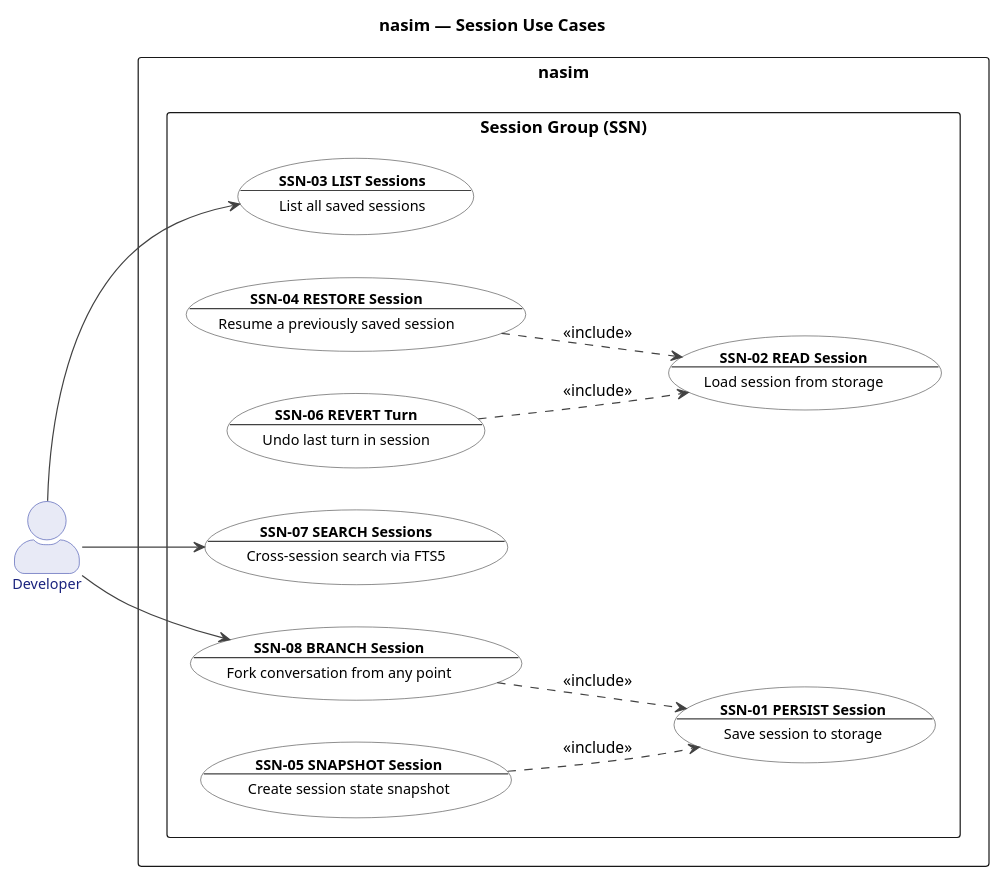
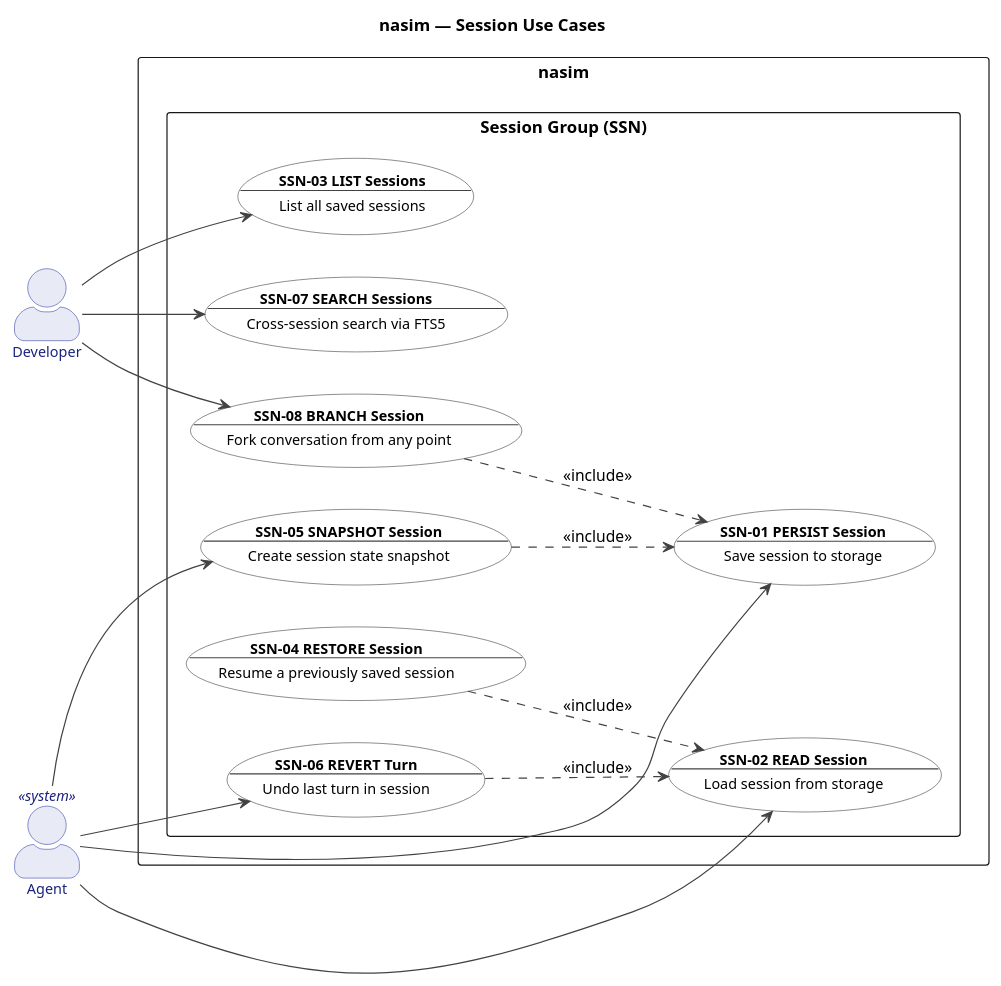
One commit to salimnamvar/nasim changed the diagram in docs/UC/uc_session.puml. Above: the diagram before and after it, drawn with PlantUML. The commit also changed 18 other files, not shown here.

First line of the commit message:
docs: Add "Agent" actor to multiple use case diagrams and establish relationships

```diff
--- a/docs/UC/uc_session.puml
+++ b/docs/UC/uc_session.puml
@@ -1,76 +1,81 @@
 @startuml uc_session
 
 ' ============================================================
 ' Title:     nasim — UC: Session Group
 ' Group:     SSN (Session)
 ' Boundary:  nasim code agent
 ' Purpose:   Session persistence, versioning, search, fork
 ' Milestone: v1.0
 ' Version:   6.0.0
 ' Source:    docs/ENTITIES.md
 ' Review:    docs/audit/audit.2026.06.20.uc-layer.car.md
 ' ============================================================
 
 left to right direction
 
 title nasim — Session Use Cases
 
 skinparam actorStyle awesome
 skinparam packageStyle rectangle
 
 skinparam usecase {
   BackgroundColor #FFFFFF
   BorderColor #424242
   FontColor #000000
   ArrowColor #424242
   FontSize 12
 }
 
 skinparam actor {
   BackgroundColor #E8EAF6
   BorderColor #3949AB
   FontColor #1A237E
   FontSize 12
 }
 
 ' ============================================================
 ' Actors
 ' ============================================================
 
 actor "Developer" as Developer
+actor "Agent" as Agent <<system>>
 
 ' ============================================================
 ' System Boundary
 ' ============================================================
 
 rectangle "nasim" {
   package "Session Group (SSN)" {
     usecase "**SSN-01 PERSIST Session**\n--\nSave session to storage" as SSN01
     usecase "**SSN-02 READ Session**\n--\nLoad session from storage" as SSN02
     usecase "**SSN-03 LIST Sessions**\n--\nList all saved sessions" as SSN03
     usecase "**SSN-04 RESTORE Session**\n--\nResume a previously saved session" as SSN04
     usecase "**SSN-05 SNAPSHOT Session**\n--\nCreate session state snapshot" as SSN05
     usecase "**SSN-06 REVERT Turn**\n--\nUndo last turn in session" as SSN06
     usecase "**SSN-07 SEARCH Sessions**\n--\nCross-session search via FTS5" as SSN07
     usecase "**SSN-08 BRANCH Session**\n--\nFork conversation from any point" as SSN08
   }
 }
 
 ' ============================================================
 ' Actor -> Use Case Associations
 ' ============================================================
 
 Developer --> SSN03
 Developer --> SSN07
 Developer --> SSN08
+Agent --> SSN01
+Agent --> SSN02
+Agent --> SSN05
+Agent --> SSN06
 
 ' ============================================================
 ' Relationships
 ' ============================================================
 
 SSN04 ..> SSN02 : <<include>>
 SSN05 ..> SSN01 : <<include>>
 SSN06 ..> SSN02 : <<include>>
 SSN08 ..> SSN01 : <<include>>
 
 @enduml
```
